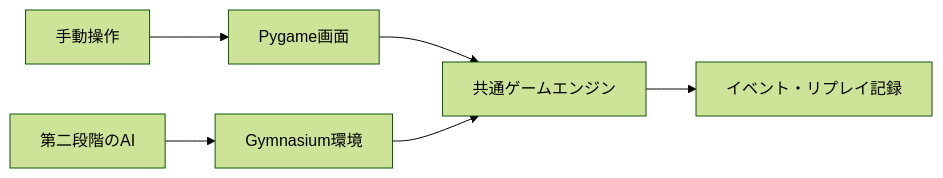
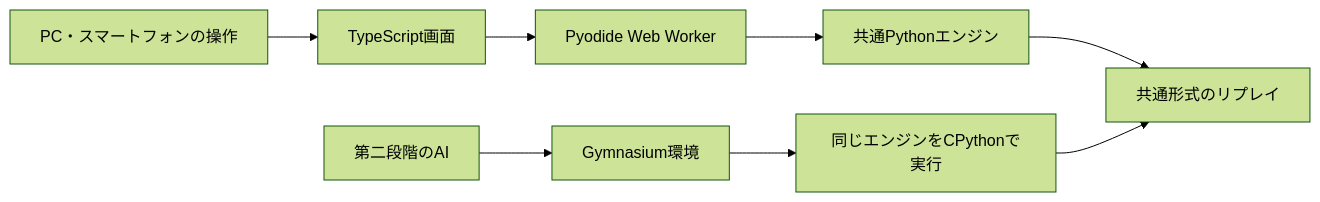
One commit to Hiraisun/DropTheNumber_RL changed the diagram in docs/ARCHITECTURE.md. Above: the diagram before and after it, drawn with Mermaid (forest theme). The commit also changed other lines of this file and 9 other files, not shown here.

````diff
--- a/docs/ARCHITECTURE.md
+++ b/docs/ARCHITECTURE.md
@@ -33,8 +49,10 @@
 ```mermaid
 flowchart LR
-    Human[手動操作] --> UI[Pygame画面]
-    UI --> Core[共通ゲームエンジン]
+    Human[PC・スマートフォンの操作] --> UI[TypeScript画面]
+    UI --> Worker[Pyodide Web Worker]
+    Worker --> WebCore[共通Pythonエンジン]
     Agent[第二段階のAI] --> Env[Gymnasium環境]
-    Env --> Core
-    Core --> Replay[イベント・リプレイ記録]
+    Env --> NativeCore[同じエンジンをCPythonで実行]
+    WebCore --> Replay[共通形式のリプレイ]
+    NativeCore --> Replay
 ```
````
